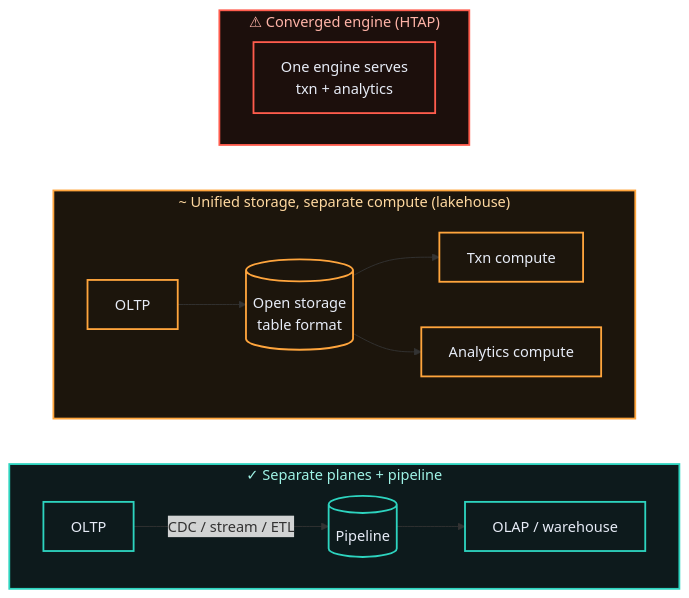
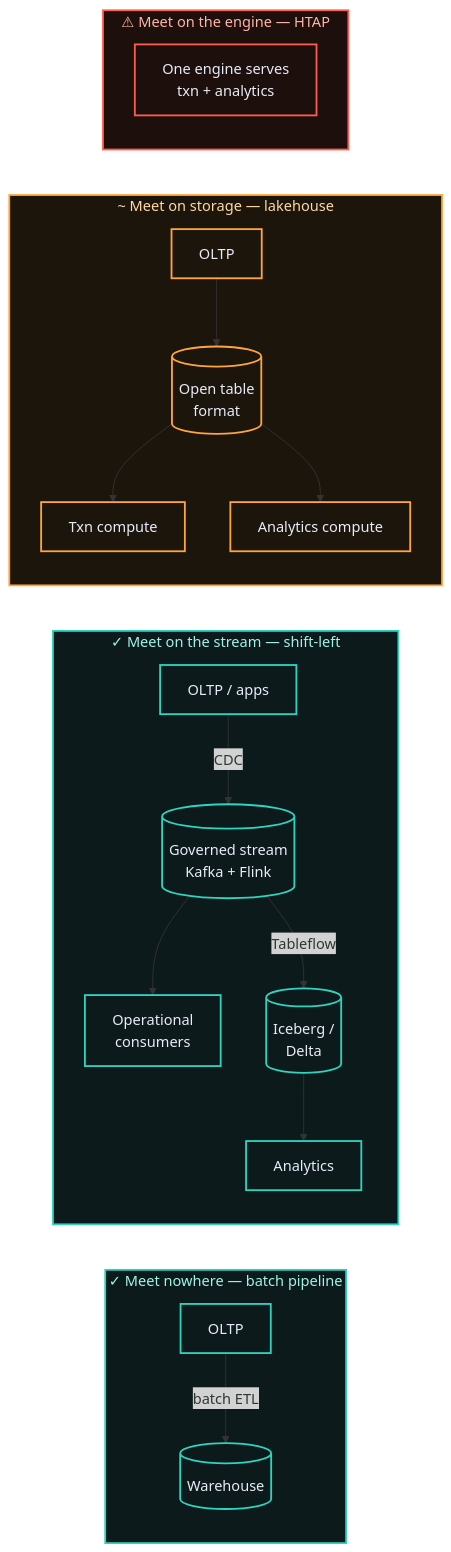
The first of 2 diagrams in adrs/004-operational-vs-analytical-data-planes.md (raghavarora12/engineering-playbook), drawn with Mermaid before and after one commit. The commit also changed other lines of this file and 2 other files, not shown here.

````diff
--- a/adrs/004-operational-vs-analytical-data-planes.md
+++ b/adrs/004-operational-vs-analytical-data-planes.md
@@ -57,28 +94,36 @@
 ```mermaid
 flowchart LR
-    subgraph SEP["✓ Separate planes + pipeline"]
-        direction LR
-        o1["OLTP"] -->|"CDC / stream / ETL"| p1[("Pipeline")]
-        p1 --> a1["OLAP / warehouse"]
+    subgraph SEP["✓ Meet nowhere — batch pipeline"]
+        direction TB
+        o1["OLTP"] -->|"batch ETL"| a1[("Warehouse")]
     end
-    subgraph LAKE["~ Unified storage, separate compute (lakehouse)"]
-        direction LR
-        o2["OLTP"] --> st[("Open storage<br/>table format")]
+    subgraph STR["✓ Meet on the stream — shift-left"]
+        direction TB
+        o2["OLTP / apps"] -->|"CDC"| k[("Governed stream<br/>Kafka + Flink")]
+        k --> op["Operational<br/>consumers"]
+        k -->|"Tableflow"| ice[("Iceberg /<br/>Delta")]
+        ice --> an["Analytics"]
+    end
+    subgraph LAKE["~ Meet on storage — lakehouse"]
+        direction TB
+        o3["OLTP"] --> st[("Open table<br/>format")]
         st --> ac1["Txn compute"]
         st --> ac2["Analytics compute"]
     end
-    subgraph CON["⚠ Converged engine (HTAP)"]
-        direction LR
-        o3["One engine serves<br/>txn + analytics"]
+    subgraph CON["⚠ Meet on the engine — HTAP"]
+        direction TB
+        o4["One engine serves<br/>txn + analytics"]
     end
 
     classDef good fill:#0d1a1c,stroke:#2dd4bf,stroke-width:2px,color:#e7ecf7
     classDef warn fill:#1c150c,stroke:#ffa53d,stroke-width:2px,color:#e7ecf7
     classDef bad fill:#1c0f0c,stroke:#ff5c4d,stroke-width:2px,color:#e7ecf7
-    class o1,p1,a1 good
-    class o2,st,ac1,ac2 warn
-    class o3 bad
+    class o1,a1 good
+    class o2,k,op,ice,an good
+    class o3,st,ac1,ac2 warn
+    class o4 bad
     style SEP fill:#0d1a1c,stroke:#2dd4bf,stroke-width:2px,color:#9ff3e6
+    style STR fill:#0d1a1c,stroke:#2dd4bf,stroke-width:2px,color:#9ff3e6
     style LAKE fill:#1c150c,stroke:#ffa53d,stroke-width:2px,color:#ffd9a0
     style CON fill:#1c0f0c,stroke:#ff5c4d,stroke-width:2px,color:#ffb4a8
 ```
````
